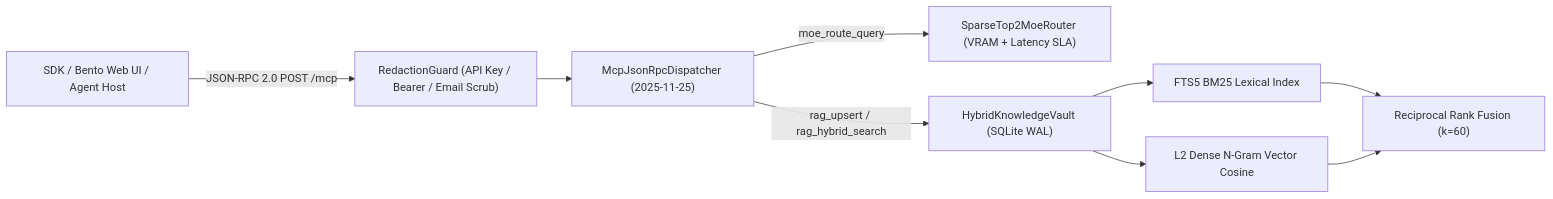
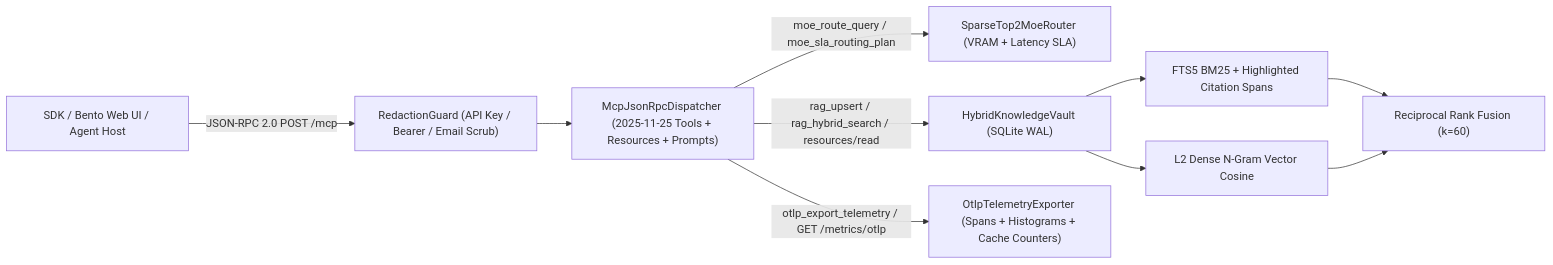
One commit to nahianakhtar/mcp-moe-hybrid-sdk changed the diagram in README.md. Above: the diagram before and after it, drawn with Mermaid. The commit also changed other lines of this file, not shown here.

Commit message:
chore(stage): sync README.md for v1.2.0

````diff
--- a/README.md
+++ b/README.md
@@ -13,11 +13,12 @@
 ```mermaid
 flowchart LR
     Client["SDK / Bento Web UI / Agent Host"] -->|"JSON-RPC 2.0 POST /mcp"| Guard["RedactionGuard (API Key / Bearer / Email Scrub)"]
-    Guard --> Disp["McpJsonRpcDispatcher (2025-11-25)"]
-    Disp -->|"moe_route_query"| Router["SparseTop2MoeRouter (VRAM + Latency SLA)"]
-    Disp -->|"rag_upsert / rag_hybrid_search"| Vault["HybridKnowledgeVault (SQLite WAL)"]
-    Vault --> FTS["FTS5 BM25 Lexical Index"]
+    Guard --> Disp["McpJsonRpcDispatcher (2025-11-25 Tools + Resources + Prompts)"]
+    Disp -->|"moe_route_query / moe_sla_routing_plan"| Router["SparseTop2MoeRouter (VRAM + Latency SLA)"]
+    Disp -->|"rag_upsert / rag_hybrid_search / resources/read"| Vault["HybridKnowledgeVault (SQLite WAL)"]
+    Disp -->|"otlp_export_telemetry / GET /metrics/otlp"| OTLP["OtlpTelemetryExporter (Spans + Histograms + Cache Counters)"]
+    Vault --> FTS["FTS5 BM25 + Highlighted Citation Spans"]
     Vault --> Vec["L2 Dense N-Gram Vector Cosine"]
     FTS --> RRF["Reciprocal Rank Fusion (k=60)"]
     Vec --> RRF
 ```
````
